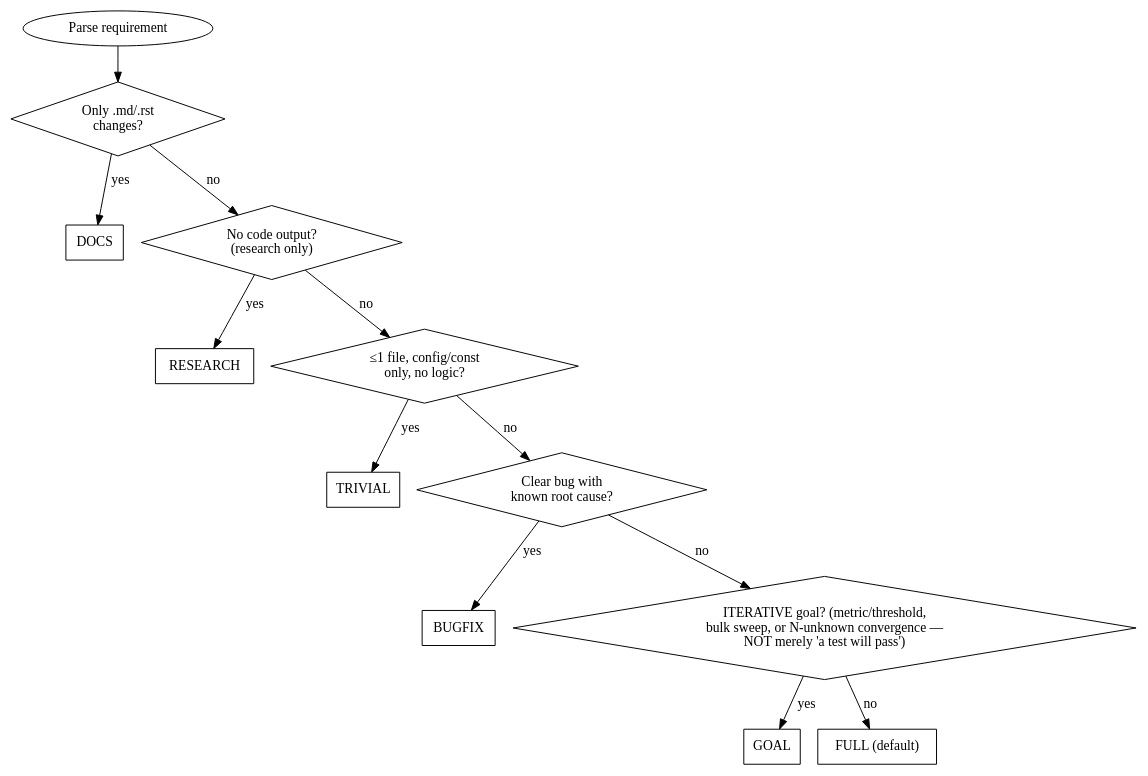
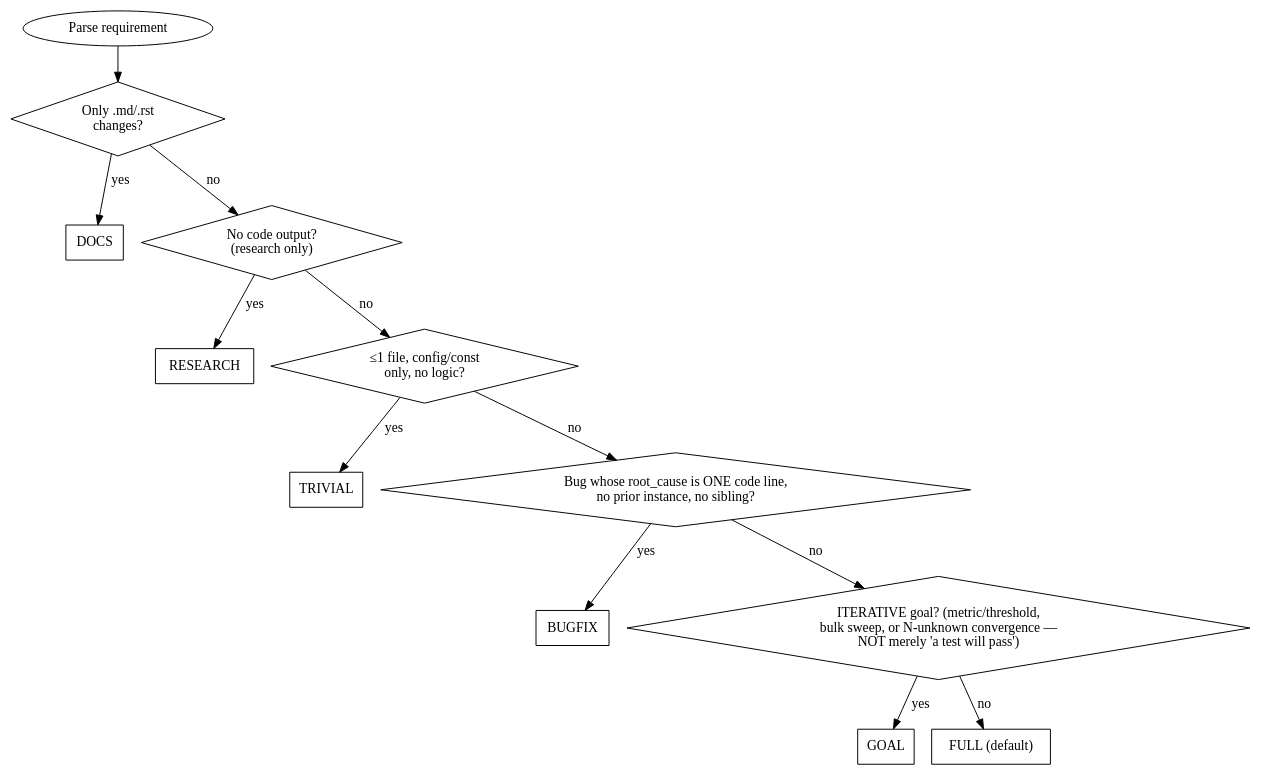
One commit to xg-gh-25/SwarmAI changed the diagram in backend/skills/s_autonomous-pipeline/stages/ref/evaluate/profile.md. Above: the diagram before and after it, drawn with Graphviz. The commit also changed other lines of this file and 10 other files, not shown here.

First line of the commit message:
feat(pipeline): Require the root cause and a class fix before design

````diff
--- a/backend/skills/s_autonomous-pipeline/stages/ref/evaluate/profile.md
+++ b/backend/skills/s_autonomous-pipeline/stages/ref/evaluate/profile.md
@@ -10,23 +10,23 @@
 ```dot
 digraph profile_selection {
   rankdir=TB;
   start [label="Parse requirement", shape=ellipse];
   q0 [label="Only .md/.rst\nchanges?", shape=diamond];
   docs [label="DOCS", shape=box];
   q1 [label="No code output?\n(research only)", shape=diamond];
   research [label="RESEARCH", shape=box];
   q2 [label="≤1 file, config/const\nonly, no logic?", shape=diamond];
   trivial [label="TRIVIAL", shape=box];
-  q3 [label="Clear bug with\nknown root cause?", shape=diamond];
+  q3 [label="Bug whose root_cause is ONE code line,\nno prior instance, no sibling?", shape=diamond];
   bugfix [label="BUGFIX", shape=box];
   q4 [label="ITERATIVE goal? (metric/threshold,\nbulk sweep, or N-unknown convergence —\nNOT merely 'a test will pass')", shape=diamond];
   goal [label="GOAL", shape=box];
   full [label="FULL (default)", shape=box];
   start -> q0;
   q0 -> docs [label="yes"]; q0 -> q1 [label="no"];
   q1 -> research [label="yes"]; q1 -> q2 [label="no"];
   q2 -> trivial [label="yes"]; q2 -> q3 [label="no"];
   q3 -> bugfix [label="yes"]; q3 -> q4 [label="no"];
   q4 -> goal [label="yes"]; q4 -> full [label="no"];
 }
 ```
````
